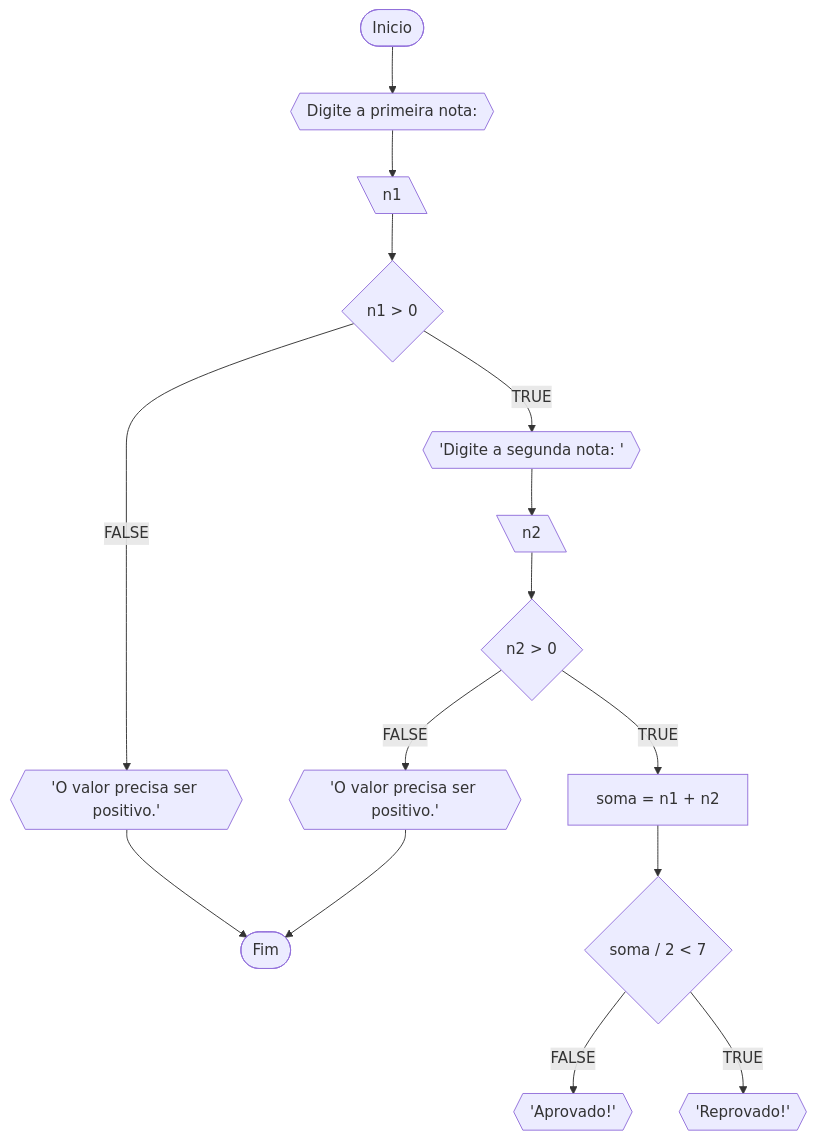
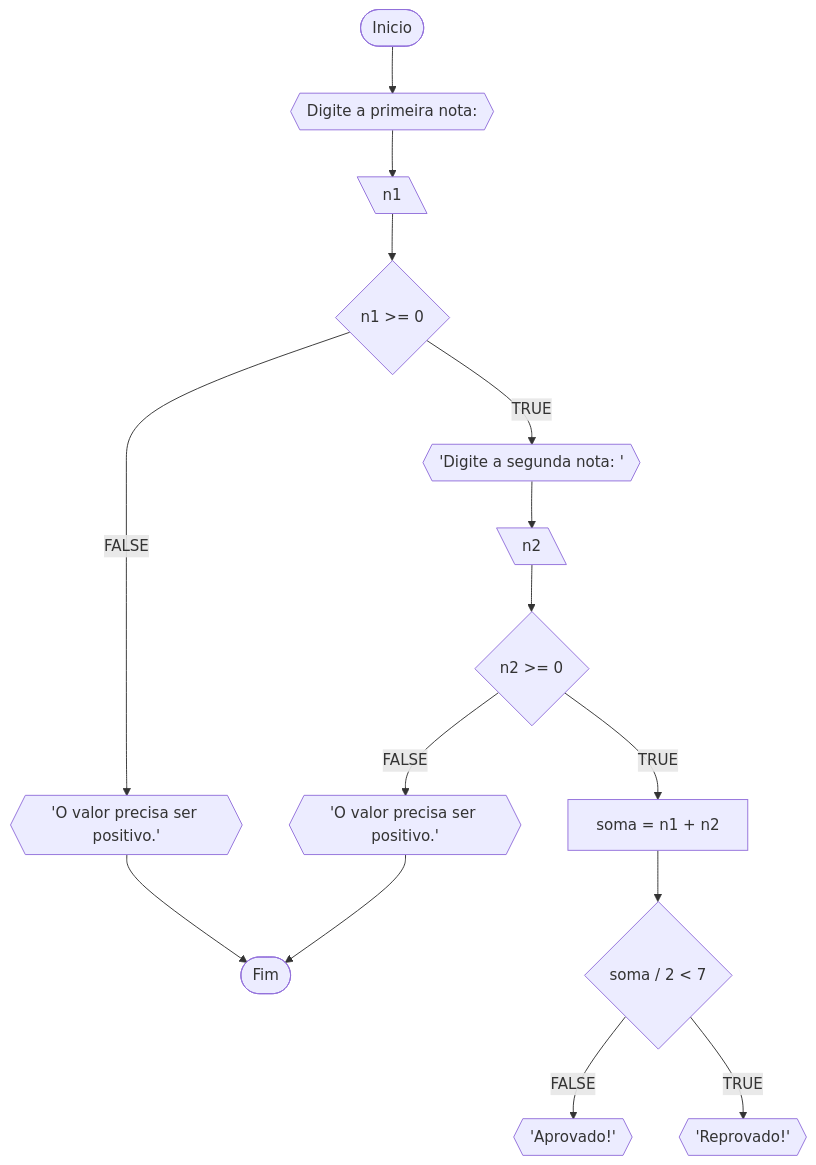
The third of 4 diagrams in RLA/unidade 1/lista1.md (stuffxdd/Unifor), drawn with Mermaid before and after one commit. The commit also changed other lines of this file, not shown here.

````diff
--- a/RLA/unidade 1/lista1.md
+++ b/RLA/unidade 1/lista1.md
@@ -115,17 +115,17 @@
 ```mermaid
 flowchart TD
 A([Inicio]) --> B{{Digite a primeira nota: }}
 B --> C[\n1\]
-C --> D{n1 > 0}
+C --> D{n1 >= 0}
 D --FALSE--> E{{'O valor precisa ser positivo.'}} --> Z
 D --TRUE--> F{{'Digite a segunda nota: '}}
 F --> G[\n2\]
-G --> H{n2 > 0}
+G --> H{n2 >= 0}
 H --FALSE--> I{{'O valor precisa ser positivo.'}} --> Z
 H --TRUE--> J[soma = n1 + n2]
 J --> K{soma / 2 < 7}
 K --FALSE--> L{{'Aprovado!'}}
 K --TRUE--> M{{'Reprovado!'}} 
 
 Z([Fim])
 ```
````
